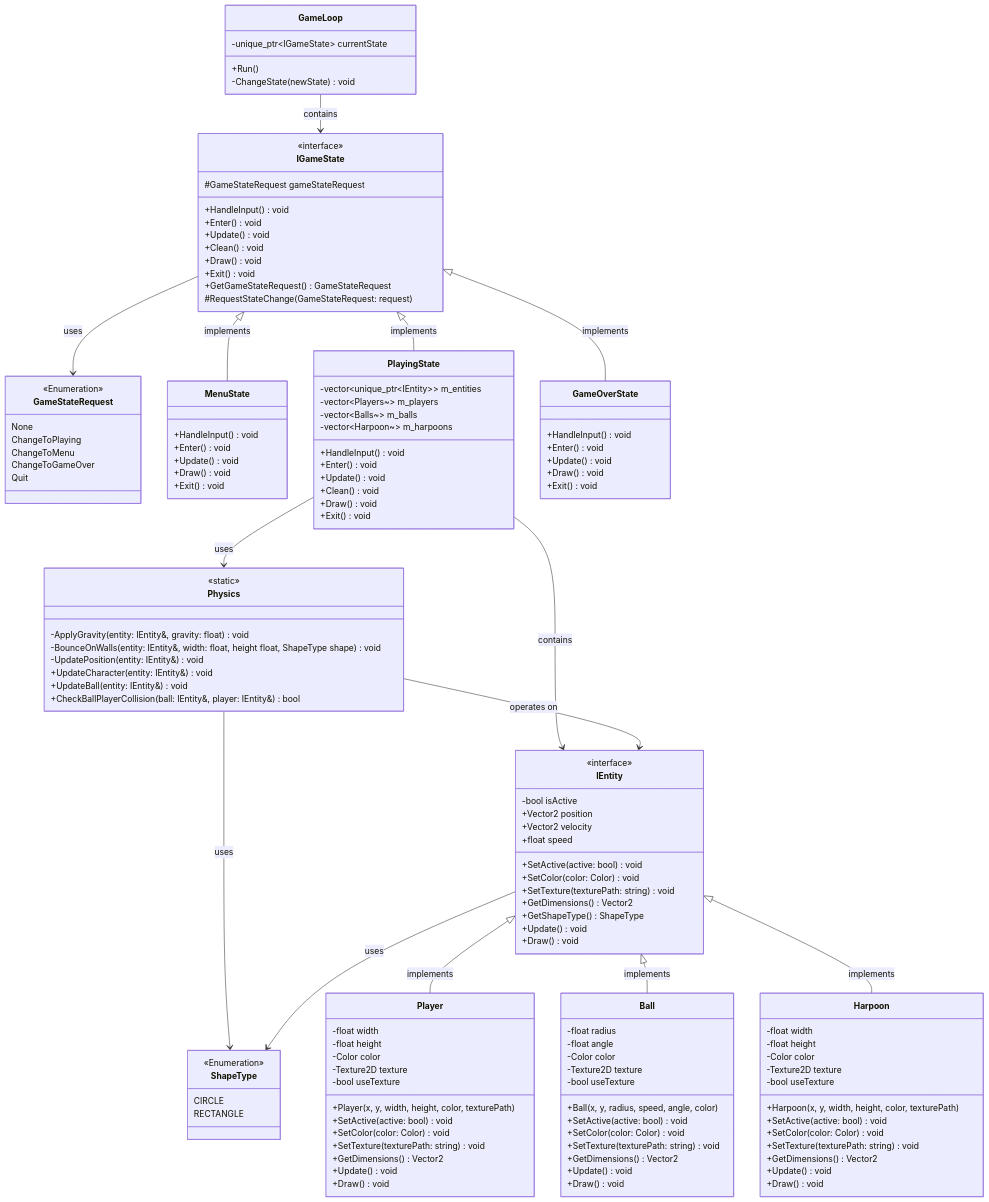
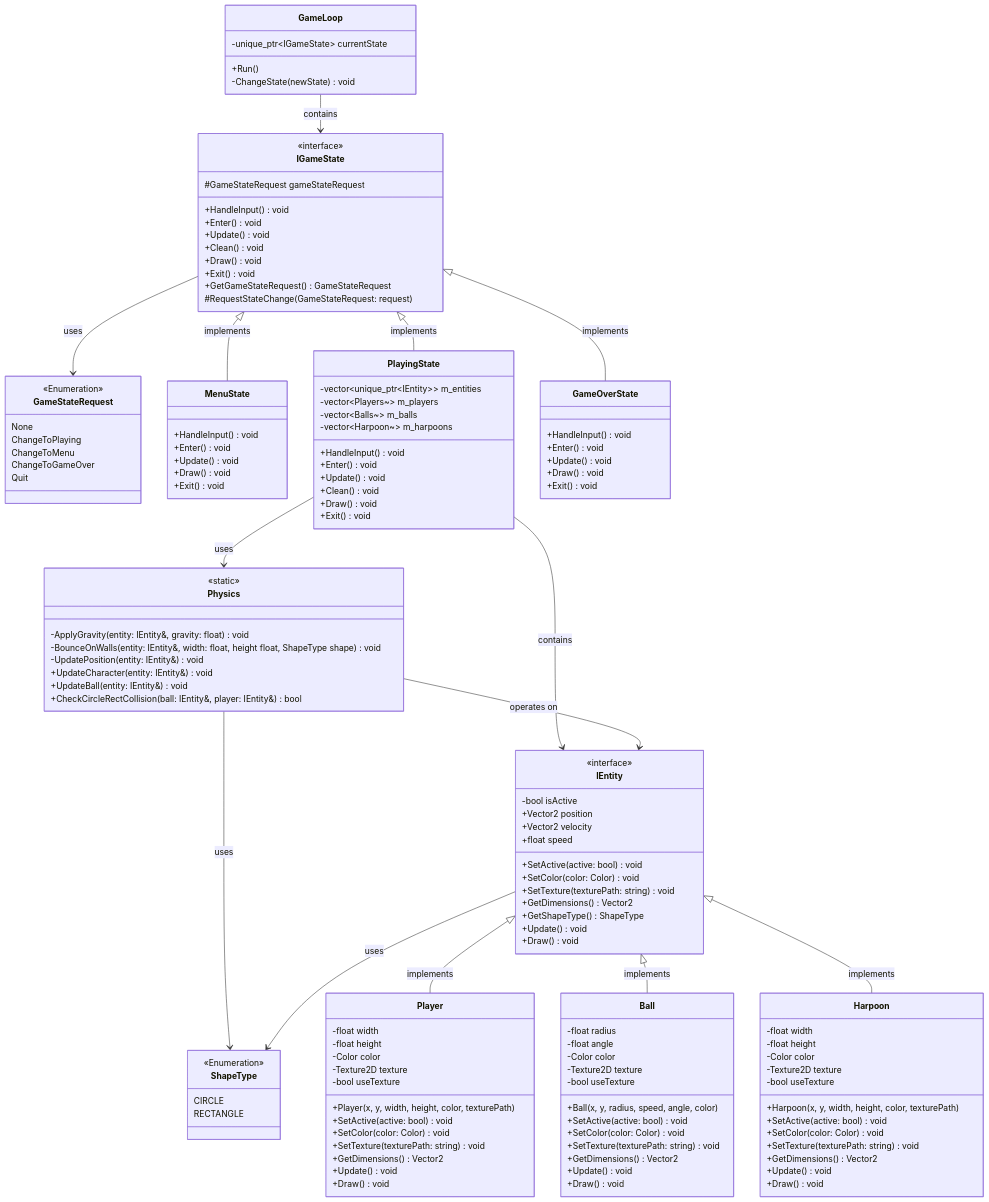
The diagram in diagrams/classDiagram.md (dciuca/cppang), drawn with Mermaid before and after one commit. The commit also changed 4 other files, not shown here.

Commit message:
Renamed CheckCircleRectCollision

```diff
--- a/diagrams/classDiagram.md
+++ b/diagrams/classDiagram.md
@@ -130,7 +130,7 @@
         -UpdatePosition(entity: IEntity&) void
         +UpdateCharacter(entity: IEntity&) void
         +UpdateBall(entity: IEntity&) void
-        +CheckBallPlayerCollision(ball: IEntity&, player: IEntity&) bool
+        +CheckCircleRectCollision(ball: IEntity&, player: IEntity&) bool
     }
 
     GameLoop --> IGameState : contains
```
